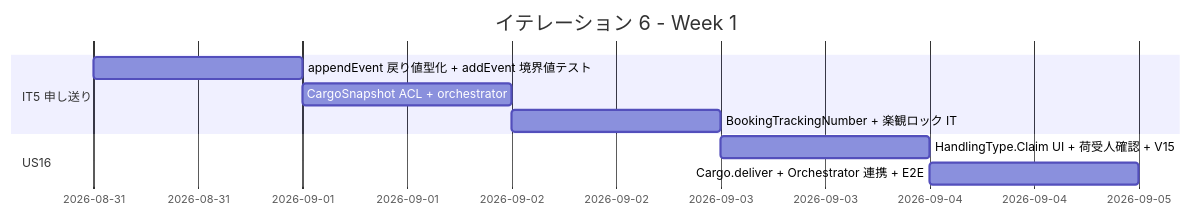
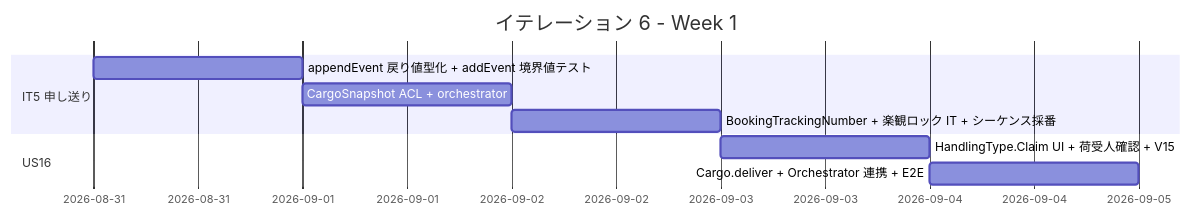
Before and after one commit to k2works/case-study-cargo-tracker: the first of 5 diagrams in docs/development/iteration_plan-6.md, drawn with Mermaid. The commit also changed other lines of this file, not shown here.

````diff
--- a/docs/development/iteration_plan-6.md
+++ b/docs/development/iteration_plan-6.md
@@ -171,12 +174,12 @@
 ```mermaid
 gantt
     title イテレーション 6 - Week 1
     dateFormat  YYYY-MM-DD
     section IT5 申し送り
     appendEvent 戻り値型化 + addEvent 境界値テスト :d1, 2026-08-31, 1d
     CargoSnapshot ACL + orchestrator           :d2, after d1, 1d
-    BookingTrackingNumber + 楽観ロック IT       :d3, after d2, 1d
+    BookingTrackingNumber + 楽観ロック IT + シーケンス採番 :d3, after d2, 1d
     section US16
     HandlingType.Claim UI + 荷受人確認 + V15    :d4, after d3, 1d
     Cargo.deliver + Orchestrator 連携 + E2E    :d5, after d4, 1d
 ```
````
